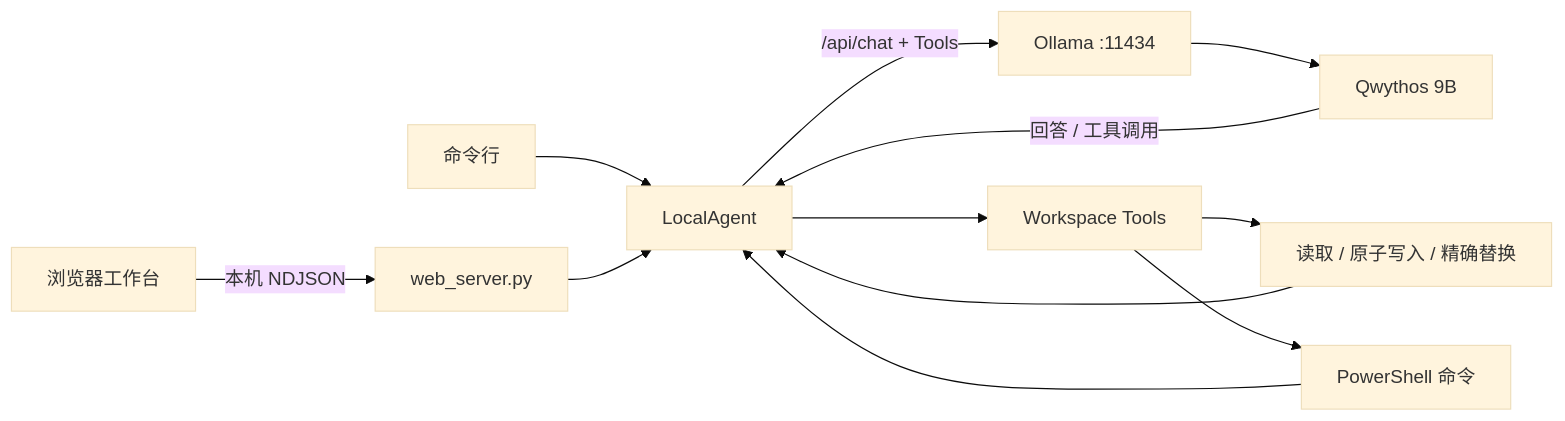
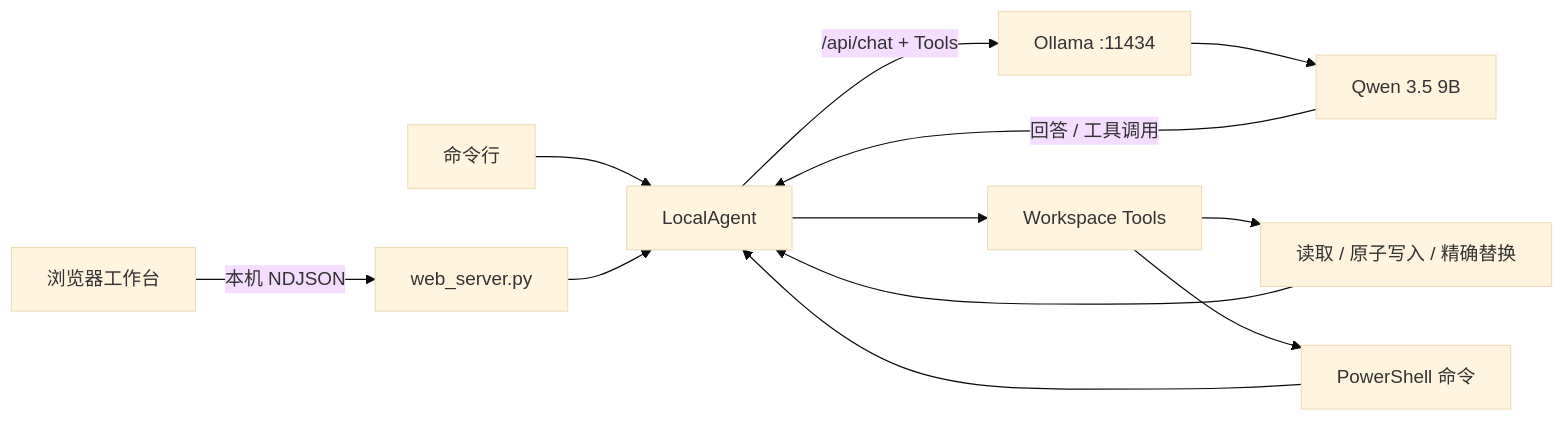
The diagram in README.md (Tmakerchima/localAgent), drawn with Mermaid (base theme) before and after one commit. The commit also changed other lines of this file, not shown here.

Commit message:
Switch to Qwen 3.5 and refine Claude-style UI

````diff
--- a/README.md
+++ b/README.md
@@ -93,14 +93,14 @@
 ```mermaid
 flowchart LR
     UI["浏览器工作台"] -->|"本机 NDJSON"| W["web_server.py"]
     CLI["命令行"] --> A["LocalAgent"]
     W --> A
     A -->|"/api/chat + Tools"| O["Ollama :11434"]
-    O --> Q["Qwythos 9B"]
+    O --> Q["Qwen 3.5 9B"]
     Q -->|"回答 / 工具调用"| A
     A --> T["Workspace Tools"]
     T --> F["读取 / 原子写入 / 精确替换"]
     T --> P["PowerShell 命令"]
     F --> A
     P --> A
 ```
````
